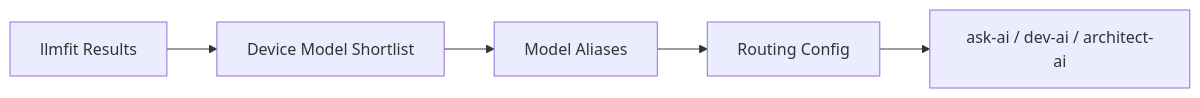
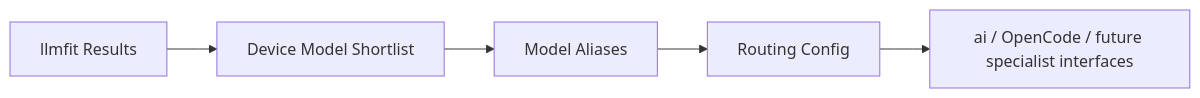
The third of 3 diagrams in docs/07-routing-strategy.md (Deim0s13/ai-lab), drawn with Mermaid before and after one commit. The commit also changed 18 other files, not shown here.

Commit message:
Document supervised OpenCode workflow

````diff
--- a/docs/07-routing-strategy.md
+++ b/docs/07-routing-strategy.md
@@ -792,13 +792,13 @@
 ```mermaid id="qm5voq"
 flowchart LR
     LLMFit[llmfit Results]
     Shortlist[Device Model Shortlist]
     Aliases[Model Aliases]
     Routes[Routing Config]
-    CLI[ask-ai / dev-ai / architect-ai]
+    CLI[ai / OpenCode / future specialist interfaces]
 
     LLMFit --> Shortlist
     Shortlist --> Aliases
     Aliases --> Routes
     Routes --> CLI
 ```
````
